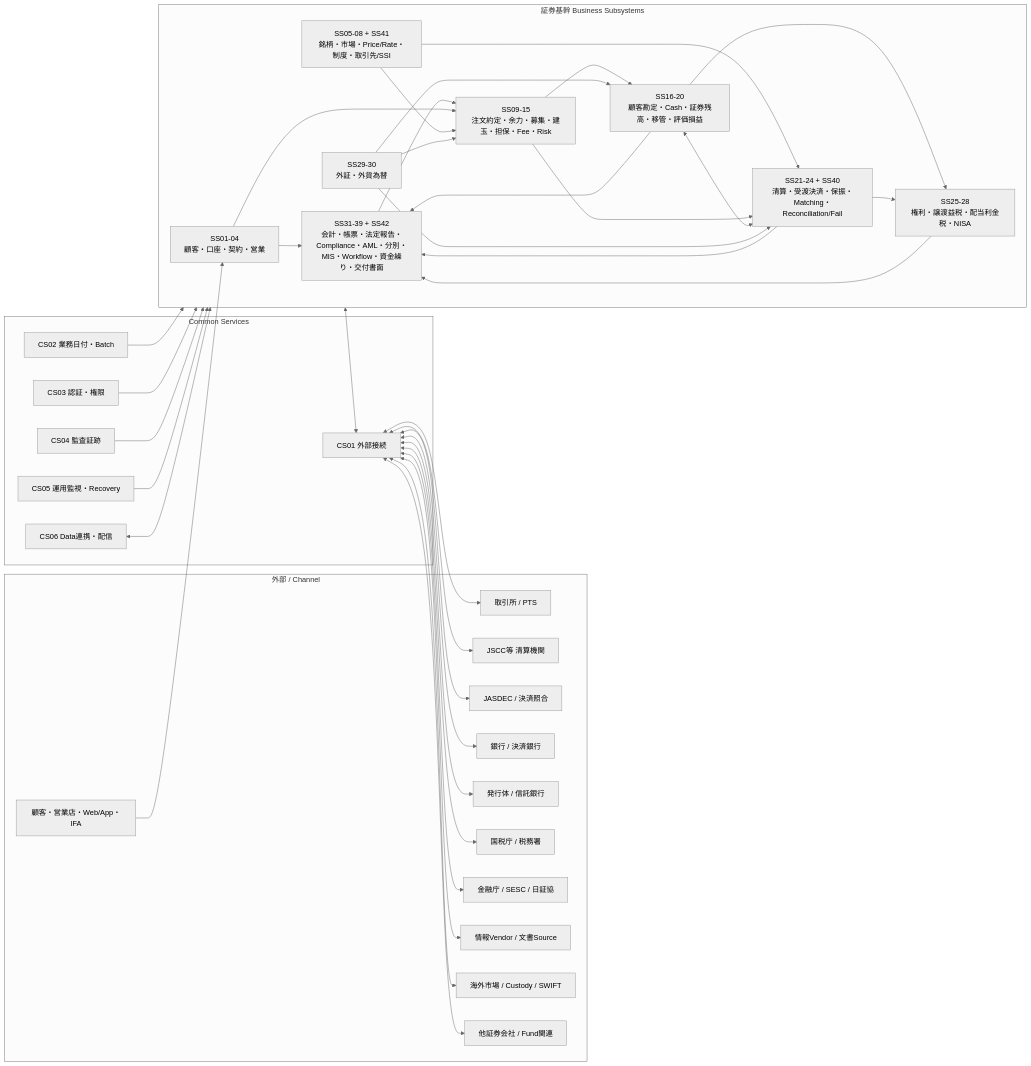
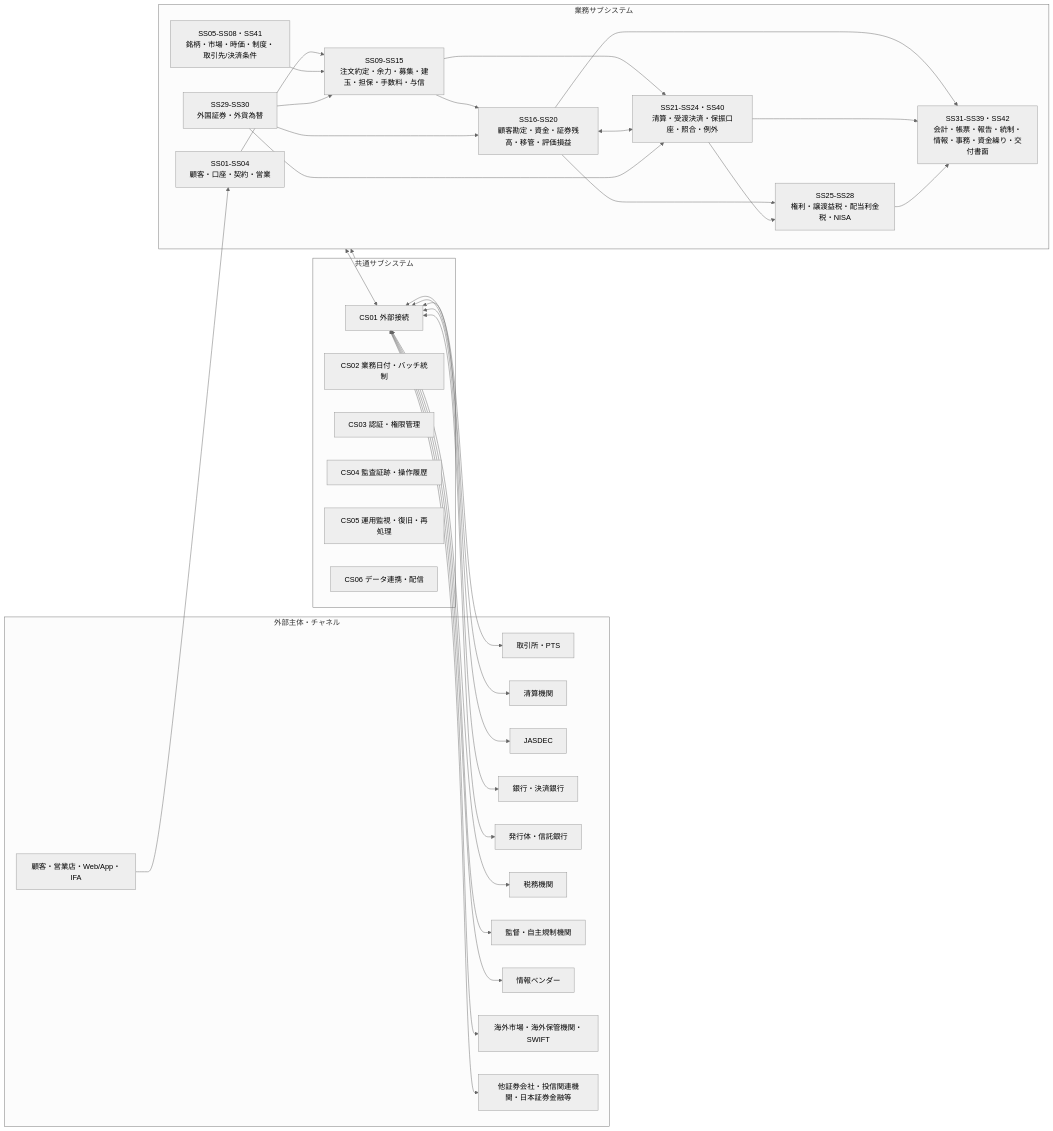
Before and after one commit to skyTreeCN/jp-securitie-skills: the first of 3 diagrams in docs/10-設計文書/01-全体設計/システム全体構成図.md, drawn with Mermaid (neutral theme). The commit also changed other lines of this file, not shown here.

Commit message:
システム全体構成図を設計内容のみに整理

````diff
--- a/docs/10-設計文書/01-全体設計/システム全体構成図.md
+++ b/docs/10-設計文書/01-全体設計/システム全体構成図.md
@@ -10,73 +5,66 @@
 ```mermaid
 flowchart LR
 
-  subgraph EXT[外部 / Channel]
+  subgraph 外部[外部主体・チャネル]
     CUST[顧客・営業店・Web/App・IFA]
-    MKT[取引所 / PTS]
-    CCP[JSCC等 清算機関]
-    JAS[JASDEC / 決済照合]
-    BANK[銀行 / 決済銀行]
-    ISS[発行体 / 信託銀行]
-    TAX[国税庁 / 税務署]
-    REG[金融庁 / SESC / 日証協]
-    VEND[情報Vendor / 文書Source]
-    GC[海外市場 / Custody / SWIFT]
-    OTH[他証券会社 / Fund関連]
+    MKT[取引所・PTS]
+    CCP[清算機関]
+    CSD[JASDEC]
+    BANK[銀行・決済銀行]
+    ISS[発行体・信託銀行]
+    TAX[税務機関]
+    REG[監督・自主規制機関]
+    INFO[情報ベンダー]
+    GC[海外市場・海外保管機関・SWIFT]
+    OTH[他証券会社・投信関連機関・日本証券金融等]
   end
 
-  subgraph CORE[証券基幹 Business Subsystems]
-    A[SS01-04\n顧客・口座・契約・営業]
-    B[SS05-08 + SS41\n銘柄・市場・Price/Rate・制度・取引先/SSI]
-    C[SS09-15\n注文約定・余力・募集・建玉・担保・Fee・Risk]
-    D[SS16-20\n顧客勘定・Cash・証券残高・移管・評価損益]
-    E[SS21-24 + SS40\n清算・受渡決済・保振・Matching・Reconciliation/Fail]
-    F[SS25-28\n権利・譲渡益税・配当利金税・NISA]
-    G[SS29-30\n外証・外貨為替]
-    H[SS31-39 + SS42\n会計・帳票・法定報告・Compliance・AML・分別・MIS・Workflow・資金繰り・交付書面]
+  subgraph 基幹[業務サブシステム]
+    A[SS01-SS04\n顧客・口座・契約・営業]
+    B[SS05-SS08・SS41\n銘柄・市場・時価・制度・取引先/決済条件]
+    C[SS09-SS15\n注文約定・余力・募集・建玉・担保・手数料・与信]
+    D[SS16-SS20\n顧客勘定・資金・証券残高・移管・評価損益]
+    E[SS21-SS24・SS40\n清算・受渡決済・保振口座・照合・例外]
+    F[SS25-SS28\n権利・譲渡益税・配当利金税・NISA]
+    G[SS29-SS30\n外国証券・外貨為替]
+    H[SS31-SS39・SS42\n会計・帳票・報告・統制・情報・事務・資金繰り・交付書面]
   end
 
-  subgraph COMMON[Common Services]
+  subgraph 共通[共通サブシステム]
     X1[CS01 外部接続]
-    X2[CS02 業務日付・Batch]
-    X3[CS03 認証・権限]
-    X4[CS04 監査証跡]
-    X5[CS05 運用監視・Recovery]
-    X6[CS06 Data連携・配信]
+    X2[CS02 業務日付・バッチ統制]
+    X3[CS03 認証・権限管理]
+    X4[CS04 監査証跡・操作履歴]
+    X5[CS05 運用監視・復旧・再処理]
+    X6[CS06 データ連携・配信]
   end
 
   CUST --> A
-  A --> H
-  H --> C
   A --> C
   B --> C
-  B --> E
   C --> D
   C --> E
   D <--> E
   D --> F
   E --> F
   G --> C
   G --> D
   G --> E
-  F --> H
   D --> H
   E --> H
+  F --> H
 
-  X2 --> CORE
-  X3 --> CORE
-  X4 --> CORE
-  X5 --> CORE
-  X6 <--> CORE
+  共通 --> 基幹
 
-  CORE <--> X1
+  基幹 <--> X1
   X1 <--> MKT
   X1 <--> CCP
-  X1 <--> JAS
+  X1 <--> CSD
   X1 <--> BANK
   X1 <--> ISS
   X1 <--> TAX
   X1 <--> REG
-  X1 <--> VEND
+  X1 <--> INFO
   X1 <--> GC
   X1 <--> OTH
 ```
````
